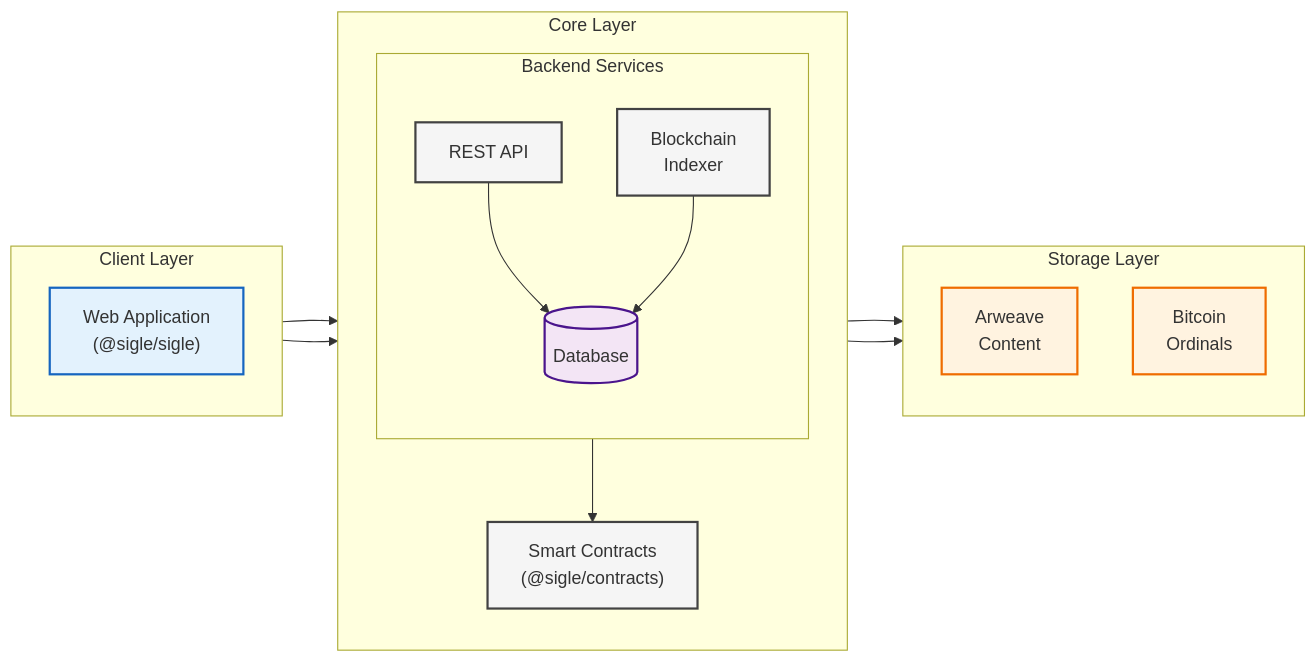
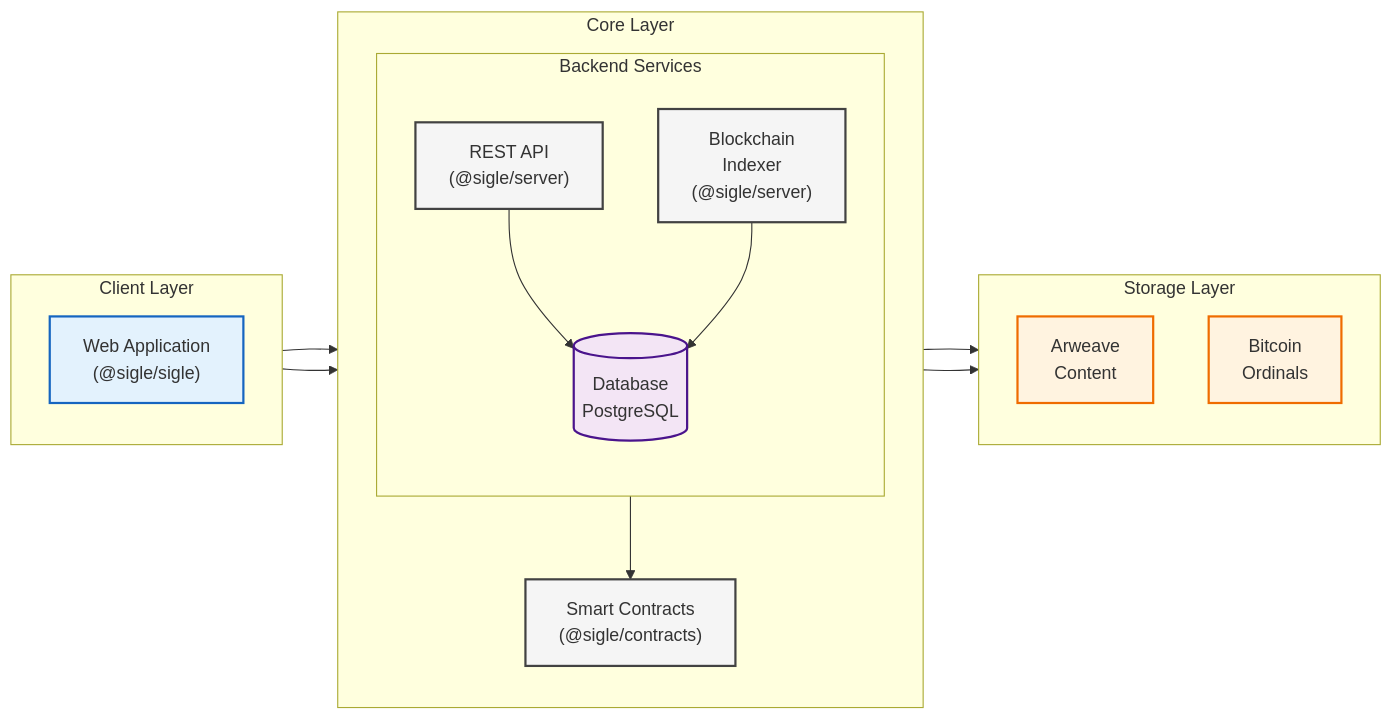
The diagram in apps/docs/src/content/architecture.mdx (sigle/sigle), drawn with Mermaid before and after one commit.

Commit message:
docs: add server service name

````diff
--- a/apps/docs/src/content/architecture.mdx
+++ b/apps/docs/src/content/architecture.mdx
@@ -12,49 +12,49 @@
 ```mermaid
 flowchart LR
     %% Define core application components
     subgraph Client[" Client Layer "]
         direction TB
         UI["Web Application<br/>(@sigle/sigle)"]
     end
 
     subgraph Core[" Core Layer "]
         direction TB
         Contracts["Smart Contracts<br/>(@sigle/contracts)"]
 
         subgraph Backend[" Backend Services "]
             direction TB
-            API["REST API"]
-            Indexer["Blockchain<br/>Indexer"]
-            DB[(Database)]
+            API["REST API<br/>(@sigle/server)"]
+            Indexer["Blockchain<br/>Indexer<br/>(@sigle/server)"]
+            DB[(Database<br/>PostgreSQL)]
         end
     end
 
     %% Define external storage systems
     subgraph Storage[" Storage Layer "]
         direction TB
         Arweave["Arweave<br/>Content"]
         Ordinals["Bitcoin<br/>Ordinals"]
     end
 
     %% Define connections
     UI --> Contracts
     UI --> API
 
     API --> DB
     Indexer --> DB
 
     Indexer --> Contracts
     Indexer --> Arweave
     Indexer --> Ordinals
 
     %% Styling
     classDef client fill:#e3f2fd,stroke:#1565c0,stroke-width:2px
     classDef core fill:#f5f5f5,stroke:#424242,stroke-width:2px
     classDef storage fill:#fff3e0,stroke:#ef6c00,stroke-width:2px
     classDef database fill:#f3e5f5,stroke:#4a148c,stroke-width:2px
 
     class UI client
     class Contracts,API,Indexer core
     class Arweave,Ordinals storage
     class DB database
 ```
````
